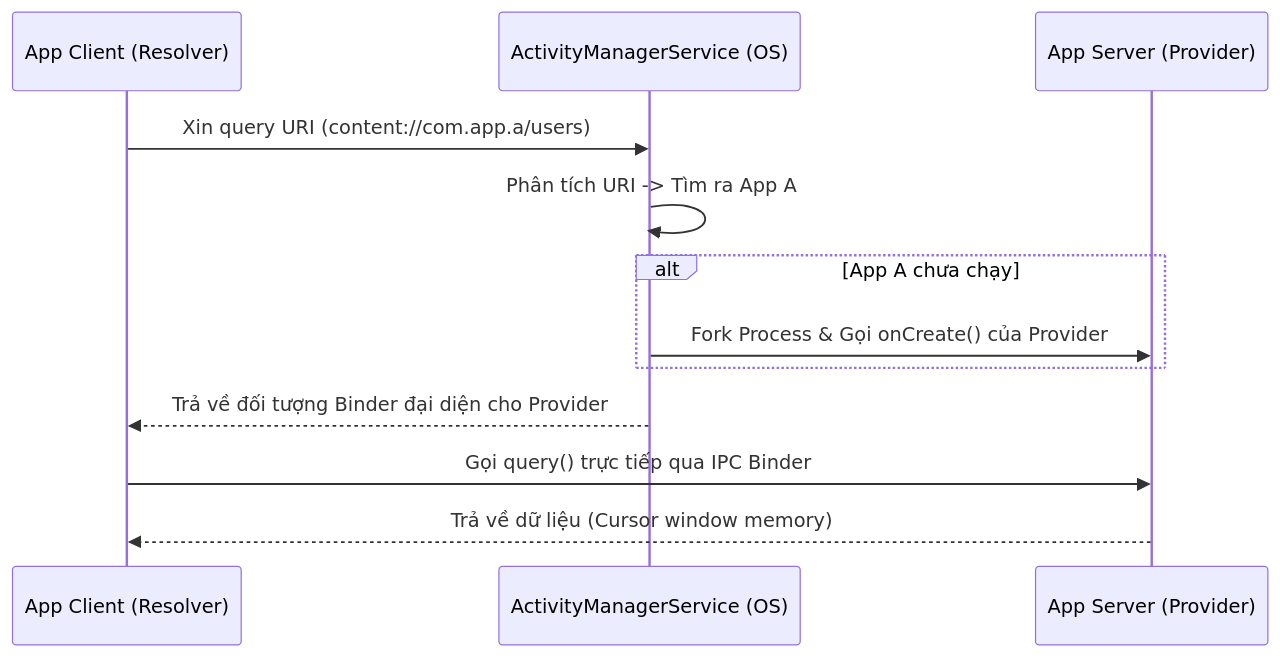
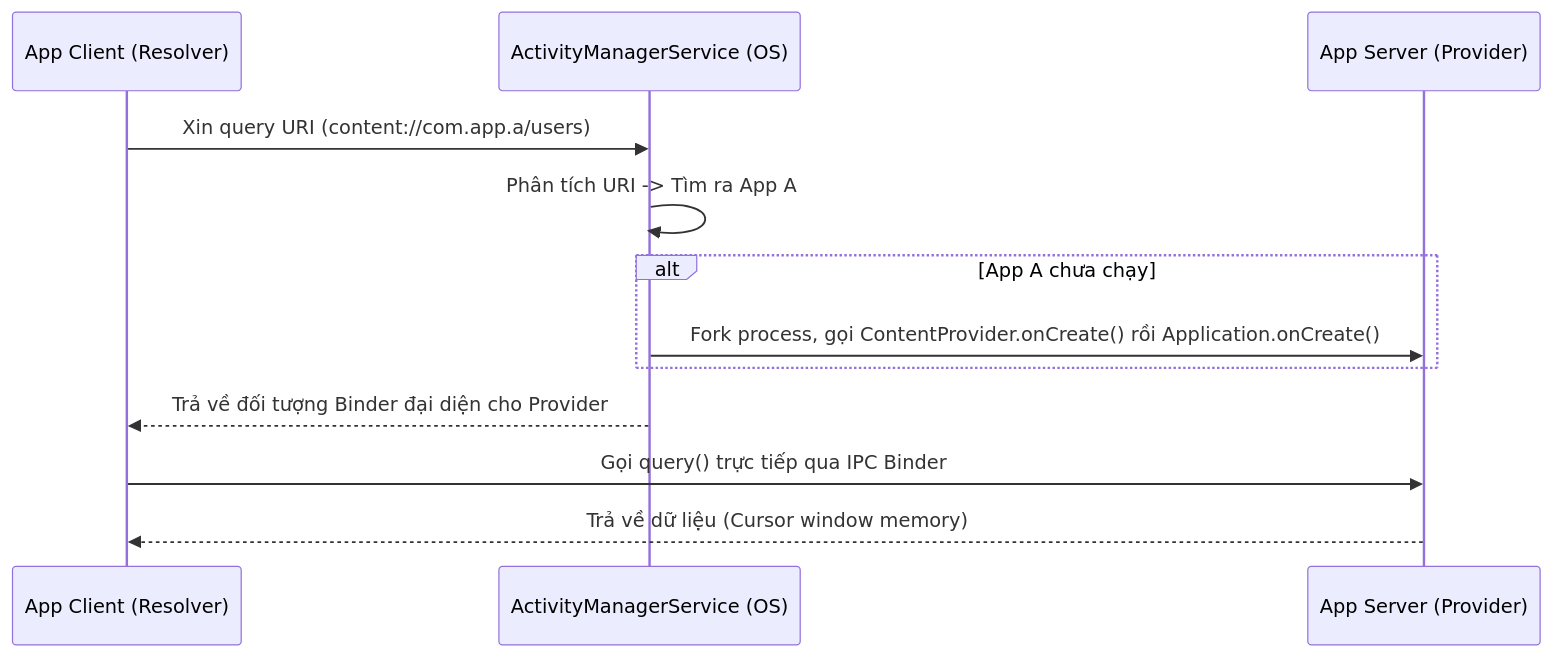
One commit to h1eu/knowledge changed the diagram in knowledge/android/docs/session_04/components/content_provider.md. Above: the diagram before and after it, drawn with Mermaid. The commit also changed other lines of this file and 76 other files, not shown here.

First line of the commit message:
docs(android): add Compose Overview, fix S01–S05 facts and diagrams

````diff
--- a/knowledge/android/docs/session_04/components/content_provider.md
+++ b/knowledge/android/docs/session_04/components/content_provider.md
@@ -670,15 +107,15 @@
 ```mermaid
 sequenceDiagram
     participant ClientApp as App Client (Resolver)
     participant AMS as ActivityManagerService (OS)
     participant ServerApp as App Server (Provider)
-    
+
     ClientApp->>AMS: Xin query URI (content://com.app.a/users)
     AMS->>AMS: Phân tích URI -> Tìm ra App A
     alt App A chưa chạy
-        AMS->>ServerApp: Fork Process & Gọi onCreate() của Provider
+        AMS->>ServerApp: Fork process, gọi ContentProvider.onCreate() rồi Application.onCreate()
     end
     AMS-->>ClientApp: Trả về đối tượng Binder đại diện cho Provider
     ClientApp->>ServerApp: Gọi query() trực tiếp qua IPC Binder
     ServerApp-->>ClientApp: Trả về dữ liệu (Cursor window memory)
 ```
````
